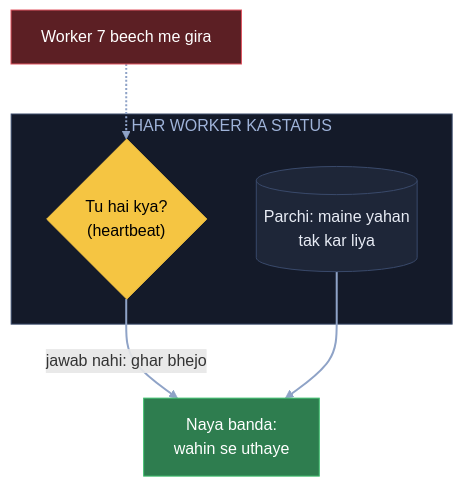
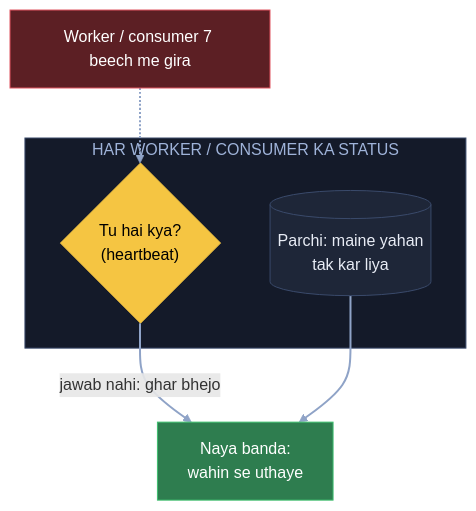
Diagram 13 of 19 in 04_HLD/SYSTEM_DESIGNS/03_twitter_feed/03_twitter_feed.md (ArpanMaheshwari144/Prep), drawn with Mermaid before and after one commit. The commit also changed other lines of this file and 29 other files, not shown here.

Commit message:
HLD: worker -> worker / consumer har jagah (Arpan ke 'Arpan:' shabd chhod ke); Foundations 07 pehla hissa tube + stadium

````diff
--- a/04_HLD/SYSTEM_DESIGNS/03_twitter_feed/03_twitter_feed.md
+++ b/04_HLD/SYSTEM_DESIGNS/03_twitter_feed/03_twitter_feed.md
@@ -423,18 +423,18 @@
 ```mermaid
 flowchart TB
-    W7["Worker 7 beech me gira"]:::bad
-    subgraph ST["HAR WORKER KA STATUS"]
+    W7["Worker / consumer 7 beech me gira"]:::bad
+    subgraph ST["HAR WORKER / CONSUMER KA STATUS"]
         H{"Tu hai kya?<br/>(heartbeat)"}:::pill
         C[("Parchi: maine yahan<br/>tak kar liya")]:::card
     end
     N["Naya banda:<br/>wahin se uthaye"]:::good
     W7 -.-> H
     H -- "jawab nahi: ghar bhejo" --> N
     C --> N
     linkStyle default stroke:#8fa3c7,stroke-width:2px
     classDef card fill:#1e2638,stroke:#3a4a6b,color:#e8ecf5
     classDef pill fill:#f5c542,stroke:#f5c542,color:#000
     classDef good fill:#2e7d4f,stroke:#3fbf6f,color:#fff
     classDef bad fill:#5c1f24,stroke:#e05561,color:#fff
     style ST fill:#141a29,stroke:#3a4a6b,color:#9fb3d9
 ```
````
